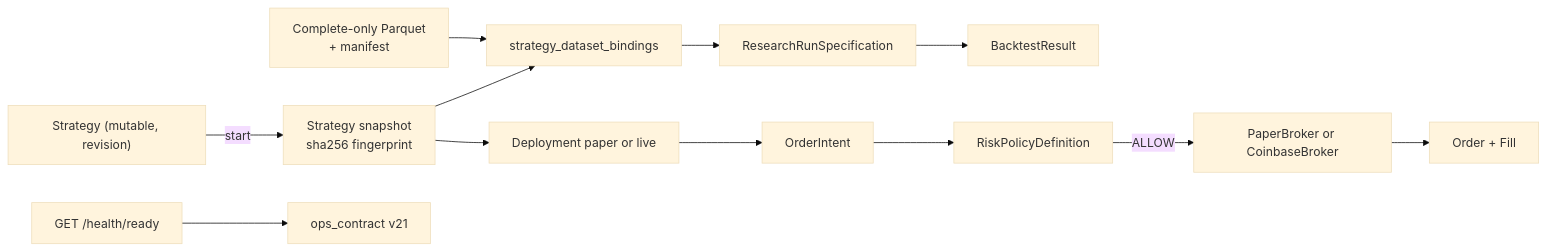
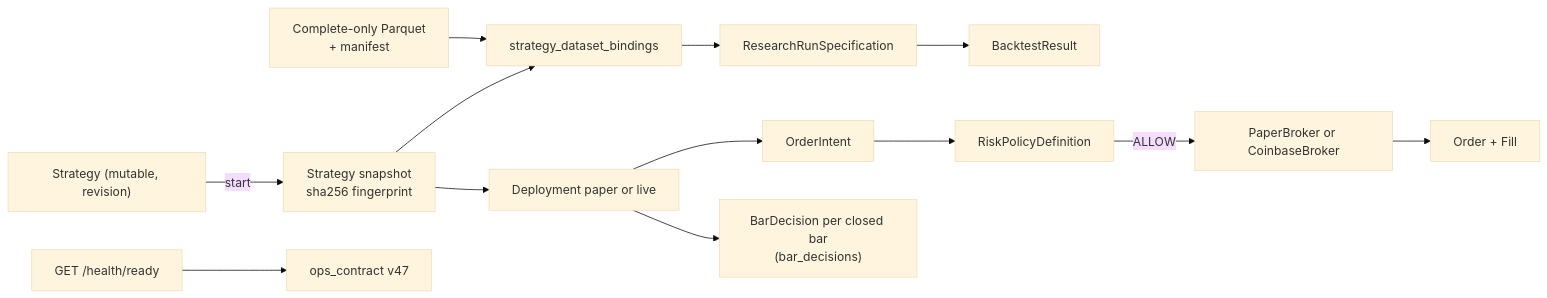
One commit to Zoltesh/thytrader changed the diagram in docs/architecture/contracts/README.md. Above: the diagram before and after it, drawn with Mermaid (base theme). The commit also changed other lines of this file and 72 other files, not shown here.

````diff
--- a/docs/architecture/contracts/README.md
+++ b/docs/architecture/contracts/README.md
@@ -20,14 +20,15 @@
 ```mermaid
 flowchart LR
   Draft["Strategy (mutable, revision)"] -->|start| Published["Strategy snapshot\nsha256 fingerprint"]
   Dataset["Complete-only Parquet\n+ manifest"] --> Binding["strategy_dataset_bindings"]
   Published --> Binding
   Binding --> RunSpec["ResearchRunSpecification"]
   RunSpec --> Result["BacktestResult"]
   Published --> Deploy["Deployment paper or live"]
   Deploy --> Intent["OrderIntent"]
   Intent --> Risk["RiskPolicyDefinition"]
   Risk -->|ALLOW| Broker["PaperBroker or CoinbaseBroker"]
   Broker --> Order["Order + Fill"]
-  Health["GET /health/ready"] --> Ops["ops_contract v21"]
+  Deploy --> Decision["BarDecision per closed bar\n(bar_decisions)"]
+  Health["GET /health/ready"] --> Ops["ops_contract v47"]
 ```
````
